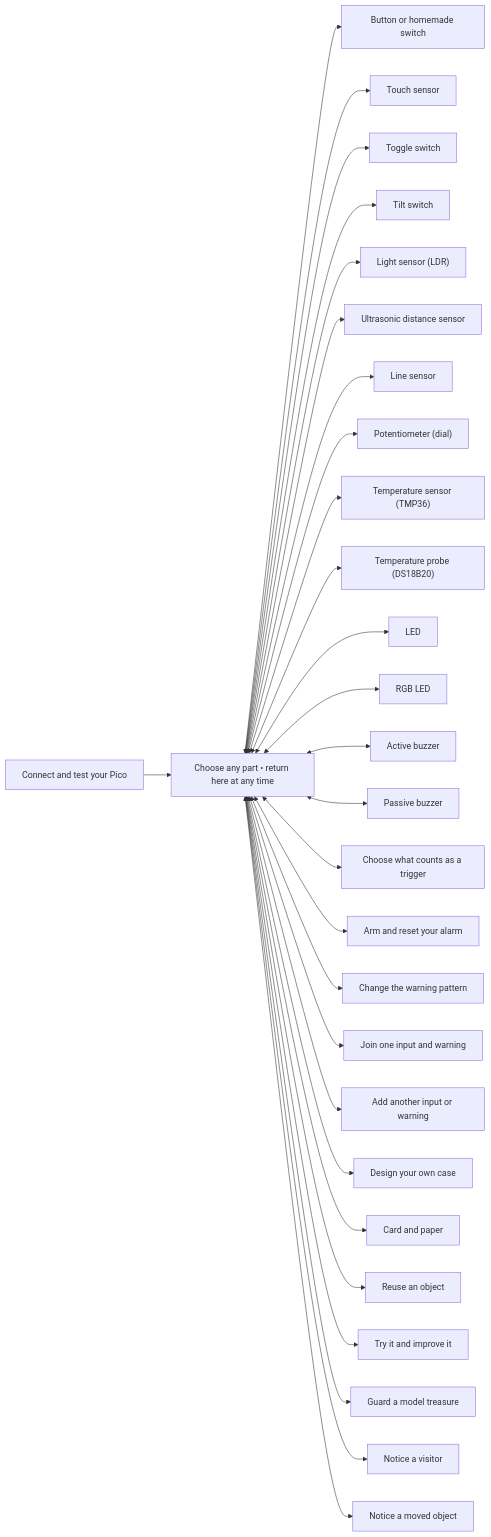
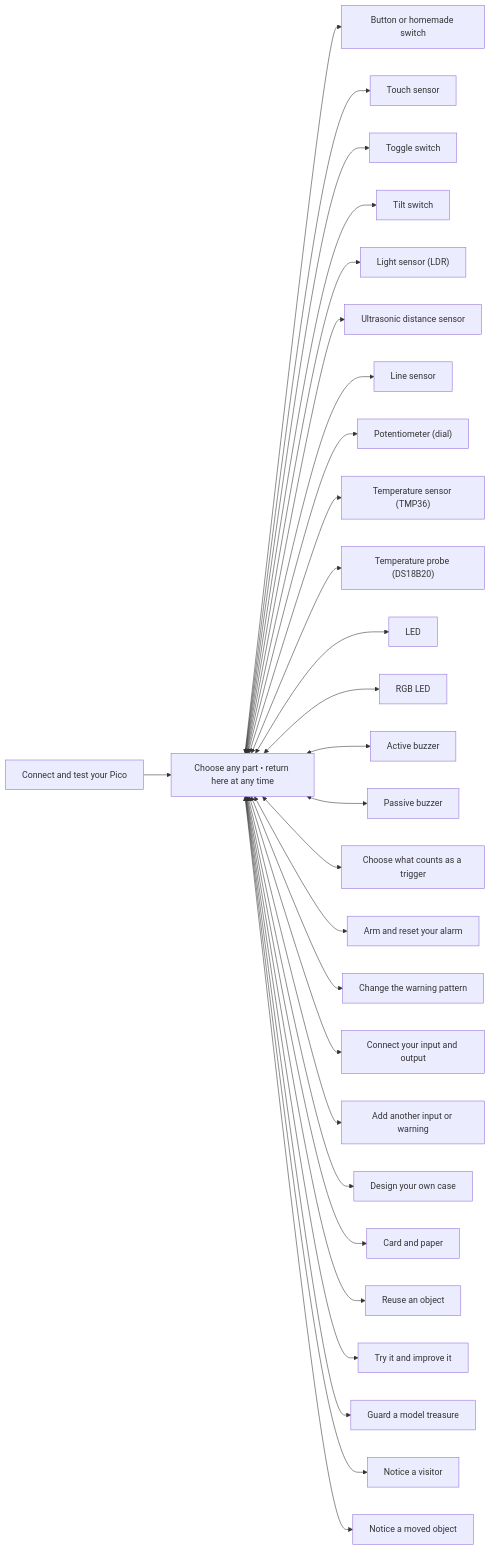
One commit to raspberrypilearning/branching-pathway-alarm changed the diagram in en/pathway-map.md. Above: the diagram before and after it, drawn with Mermaid. The commit also changed 44 other files, not shown here.

````diff
--- a/en/pathway-map.md
+++ b/en/pathway-map.md
@@ -6,58 +6,58 @@
 ```mermaid
 flowchart LR
     HUB["Choose any part • return here at any time"]
     P1A["Connect and test your Pico"]
     P3A["Button or homemade switch"]
     P3B["Touch sensor"]
     P3C["Toggle switch"]
     P3D["Tilt switch"]
     P3E["Light sensor (LDR)"]
     P3F["Ultrasonic distance sensor"]
     P3G["Line sensor"]
     P3H["Potentiometer (dial)"]
     P3I["Temperature sensor (TMP36)"]
     P3J["Temperature probe (DS18B20)"]
     P4A["LED"]
     P4B["RGB LED"]
     P4C["Active buzzer"]
     P4D["Passive buzzer"]
     P5A["Choose what counts as a trigger"]
     P5B["Arm and reset your alarm"]
     P5C["Change the warning pattern"]
-    P6A["Join one input and warning"]
+    P6A["Connect your input and output"]
     P6B["Add another input or warning"]
     P2A["Design your own case"]
     P2B["Card and paper"]
     P2C["Reuse an object"]
     P7A["Try it and improve it"]
     P8A["Guard a model treasure"]
     P8B["Notice a visitor"]
     P8C["Notice a moved object"]
     P1A --> HUB
     HUB <--> P3A
     HUB <--> P3B
     HUB <--> P3C
     HUB <--> P3D
     HUB <--> P3E
     HUB <--> P3F
     HUB <--> P3G
     HUB <--> P3H
     HUB <--> P3I
     HUB <--> P3J
     HUB <--> P4A
     HUB <--> P4B
     HUB <--> P4C
     HUB <--> P4D
     HUB <--> P5A
     HUB <--> P5B
     HUB <--> P5C
     HUB <--> P6A
     HUB <--> P6B
     HUB <--> P2A
     HUB <--> P2B
     HUB <--> P2C
     HUB <--> P7A
     HUB <--> P8A
     HUB <--> P8B
     HUB <--> P8C
 ```
````
